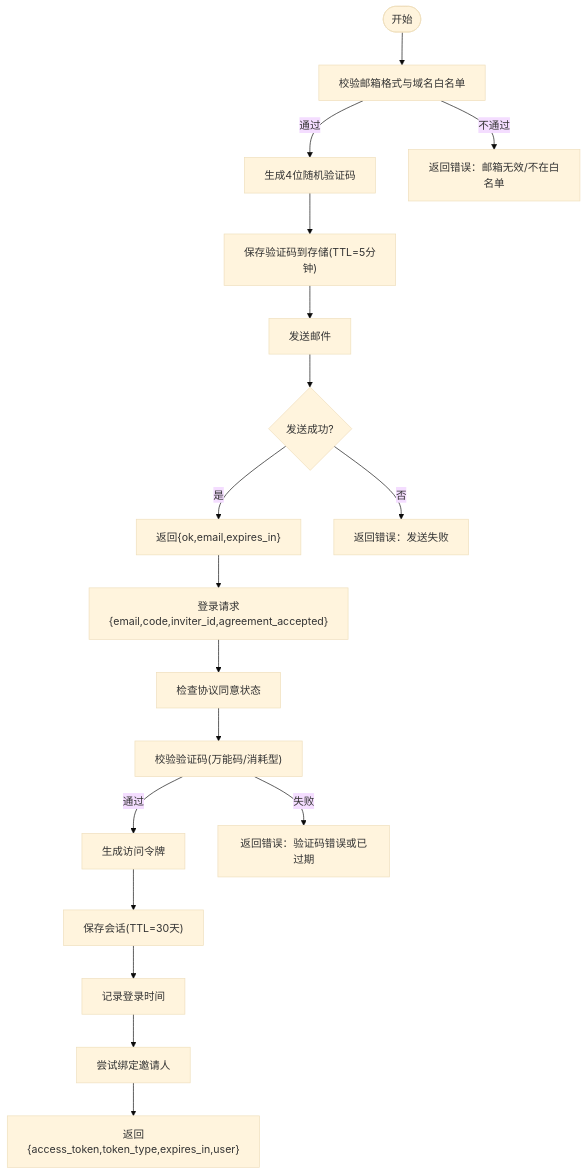
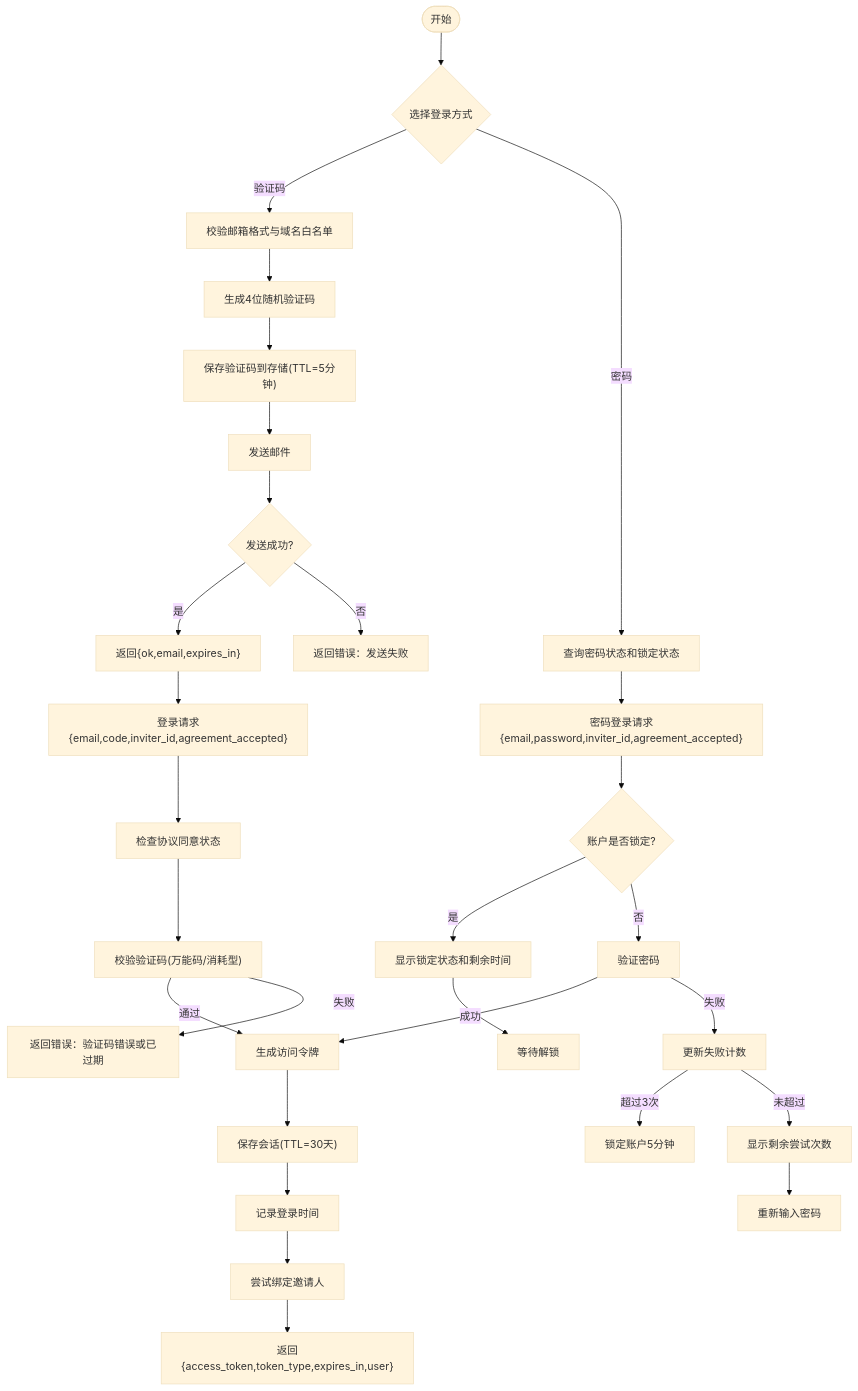
The third of 5 diagrams in .qoder/repowiki/zh/content/云端后端服务/用户认证系统/用户注册登录.md (alvinwangzi/goodhr), drawn with Mermaid (base theme) before and after one commit. The commit also changed other lines of this file and 10 other files, not shown here.

````diff
--- a/.qoder/repowiki/zh/content/云端后端服务/用户认证系统/用户注册登录.md
+++ b/.qoder/repowiki/zh/content/云端后端服务/用户认证系统/用户注册登录.md
@@ -142,20 +160,31 @@
 ```mermaid
 flowchart TD
-Start(["开始"]) --> ValidateEmail["校验邮箱格式与域名白名单"]
-ValidateEmail --> |通过| GenCode["生成4位随机验证码"]
-ValidateEmail --> |不通过| ErrEmail["返回错误：邮箱无效/不在白名单"]
+Start(["开始"]) --> Mode{"选择登录方式"}
+Mode --> |验证码| ValidateEmail["校验邮箱格式与域名白名单"]
+Mode --> |密码| CheckPwStatus["查询密码状态和锁定状态"]
+ValidateEmail --> GenCode["生成4位随机验证码"]
 GenCode --> SaveCode["保存验证码到存储(TTL=5分钟)"]
 SaveCode --> SendMail["发送邮件"]
 SendMail --> CodeSent{"发送成功?"}
 CodeSent --> |是| ReturnCode["返回{ok,email,expires_in}"]
 CodeSent --> |否| ErrSend["返回错误：发送失败"]
 ReturnCode --> LoginReq["登录请求{email,code,inviter_id,agreement_accepted}"]
+CheckPwStatus --> PwLoginReq["密码登录请求{email,password,inviter_id,agreement_accepted}"]
 LoginReq --> CheckAgree["检查协议同意状态"]
+PwLoginReq --> CheckLocked{"账户是否锁定?"}
+CheckLocked --> |是| ShowLock["显示锁定状态和剩余时间"]
+CheckLocked --> |否| VerifyPw["验证密码"]
+VerifyPw --> |成功| CreateToken["生成访问令牌"]
+VerifyPw --> |失败| UpdateAttempts["更新失败计数"]
+UpdateAttempts --> |超过3次| LockAccount["锁定账户5分钟"]
+UpdateAttempts --> |未超过| ShowAttempts["显示剩余尝试次数"]
 CheckAgree --> VerifyCode["校验验证码(万能码/消耗型)"]
-VerifyCode --> |通过| CreateToken["生成访问令牌"]
+VerifyCode --> |通过| CreateToken
 VerifyCode --> |失败| ErrCode["返回错误：验证码错误或已过期"]
 CreateToken --> SaveSession["保存会话(TTL=30天)"]
 SaveSession --> RecordLogin["记录登录时间"]
 RecordLogin --> InviteBind["尝试绑定邀请人"]
 InviteBind --> Resp["返回{access_token,token_type,expires_in,user}"]
+ShowLock --> WaitUnlock["等待解锁"]
+ShowAttempts --> Retry["重新输入密码"]
 ```
````
